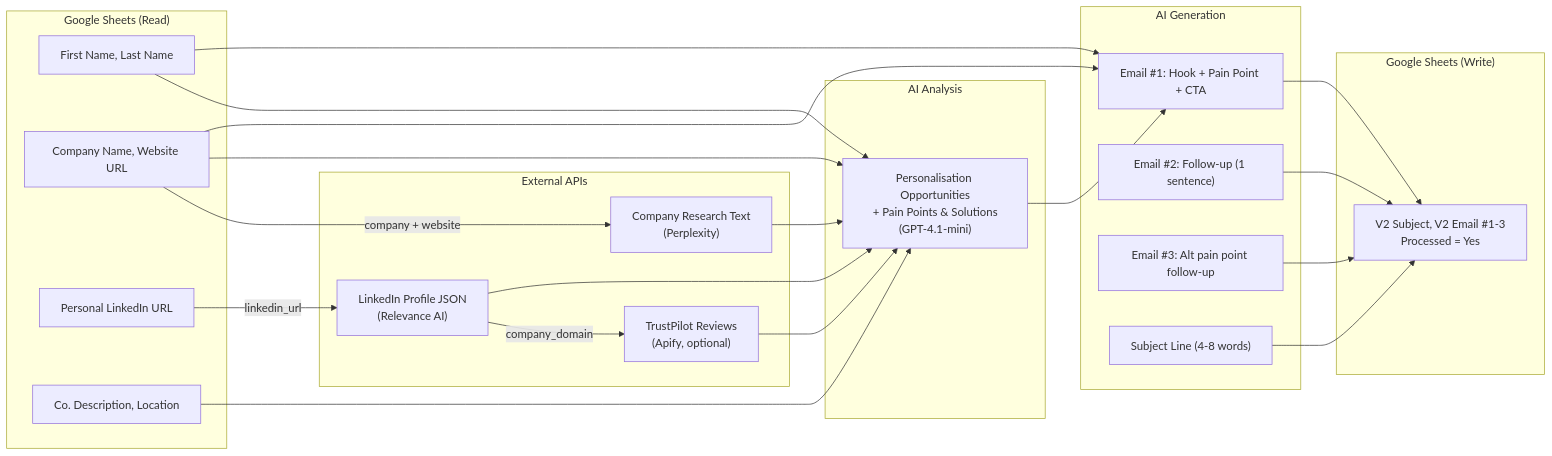
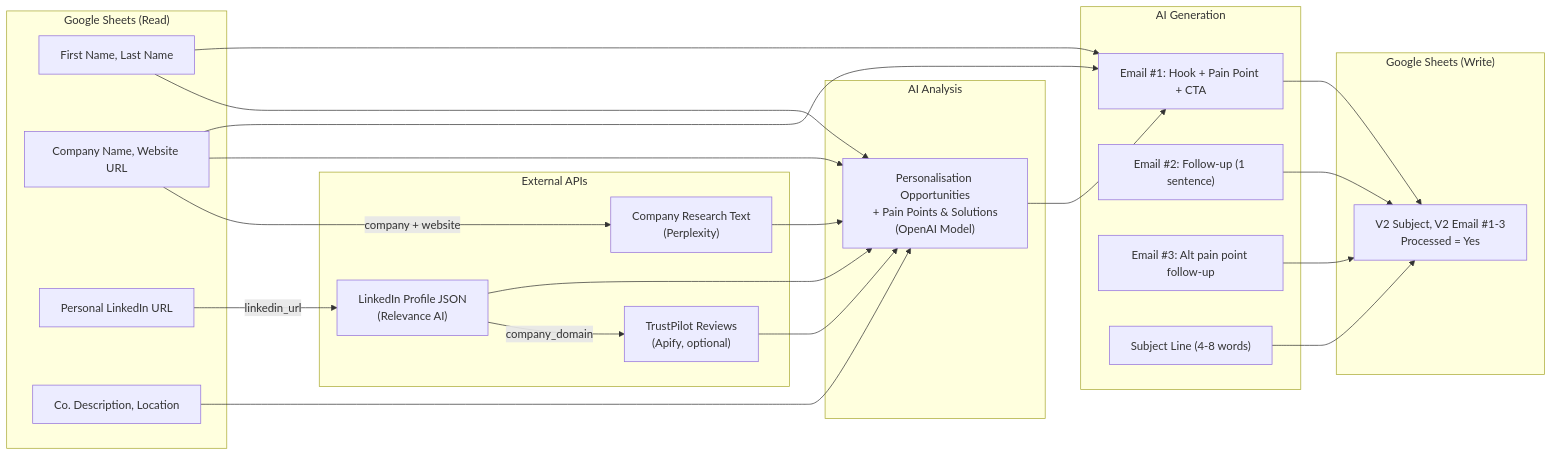
One commit to strider1000/Demo-Workflow-Automations changed the third of 3 diagrams in Email_Campaign_Prep/ARCHITECTURE.md. Above: the diagram before and after it, drawn with Mermaid. The commit also changed other lines of this file and 4 other files, not shown here.

````diff
--- a/Email_Campaign_Prep/ARCHITECTURE.md
+++ b/Email_Campaign_Prep/ARCHITECTURE.md
@@ -121,47 +121,47 @@
 ```mermaid
 flowchart LR
     subgraph Input["Google Sheets (Read)"]
         A["First Name, Last Name"]
         B["Company Name, Website URL"]
         C["Personal LinkedIn URL"]
         D["Co. Description, Location"]
     end
 
     subgraph Enrichment["External APIs"]
         E["LinkedIn Profile JSON\n(Relevance AI)"]
         F["Company Research Text\n(Perplexity)"]
         G["TrustPilot Reviews\n(Apify, optional)"]
     end
 
     subgraph Analysis["AI Analysis"]
-        H["Personalisation Opportunities\n+ Pain Points & Solutions\n(GPT-4.1-mini)"]
+        H["Personalisation Opportunities\n+ Pain Points & Solutions\n(OpenAI Model)"]
     end
 
     subgraph Generation["AI Generation"]
         I["Email #1: Hook + Pain Point + CTA"]
         J["Email #2: Follow-up (1 sentence)"]
         K["Email #3: Alt pain point follow-up"]
         L["Subject Line (4-8 words)"]
     end
 
     subgraph Output["Google Sheets (Write)"]
         M["V2 Subject, V2 Email #1-3\nProcessed = Yes"]
     end
 
     C -->|"linkedin_url"| E
     B -->|"company + website"| F
     E -->|"company_domain"| G
     A --> H
     B --> H
     D --> H
     E --> H
     F --> H
     G --> H
     H --> I
     A --> I
     B --> I
     I --> M
     J --> M
     K --> M
     L --> M
 ```
````
